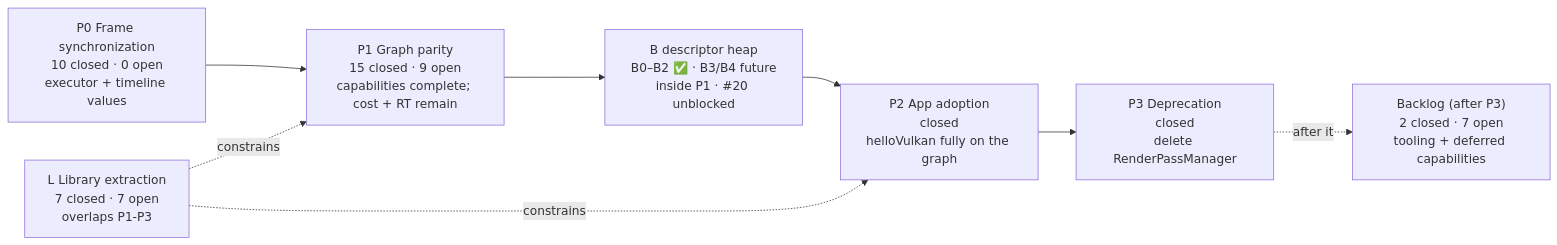
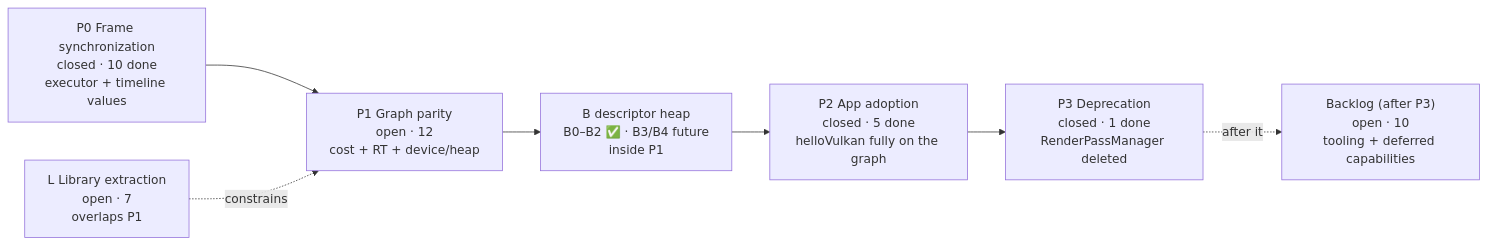
The first of 2 diagrams in docs/Roadmap-Visual.md (v3c70r/Muyo), drawn with Mermaid before and after one commit. The commit also changed other lines of this file and 7 other files, not shown here.

First line of the commit message:
docs: reconcile the roadmap and board after adoption (#266)

````diff
--- a/docs/Roadmap-Visual.md
+++ b/docs/Roadmap-Visual.md
@@ -22,14 +22,13 @@
 ```mermaid
 flowchart LR
-    P0["P0 Frame synchronization<br/>10 closed · 0 open<br/>executor + timeline values"]
-    P1["P1 Graph parity<br/>15 closed · 9 open<br/>capabilities complete; cost + RT remain"]
-    B["B descriptor heap<br/>B0–B2 ✅ · B3/B4 future<br/>inside P1 · #20 unblocked"]
-    P2["P2 App adoption<br/>closed<br/>helloVulkan fully on the graph"]
-    P3["P3 Deprecation<br/>closed<br/>delete RenderPassManager"]
-    L["L Library extraction<br/>7 closed · 7 open<br/>overlaps P1-P3"]
-    BL["Backlog (after P3)<br/>2 closed · 7 open<br/>tooling + deferred capabilities"]
+    P0["P0 Frame synchronization<br/>closed · 10 done<br/>executor + timeline values"]
+    P1["P1 Graph parity<br/>open · 12<br/>cost + RT + device/heap"]
+    B["B descriptor heap<br/>B0–B2 ✅ · B3/B4 future<br/>inside P1"]
+    P2["P2 App adoption<br/>closed · 5 done<br/>helloVulkan fully on the graph"]
+    P3["P3 Deprecation<br/>closed · 1 done<br/>RenderPassManager deleted"]
+    L["L Library extraction<br/>open · 7<br/>overlaps P1"]
+    BL["Backlog (after P3)<br/>open · 10<br/>tooling + deferred capabilities"]
     P0 --> P1 --> B --> P2 --> P3
     L -. constrains .-> P1
-    L -. constrains .-> P2
     P3 -. after it .-> BL
 ```
````
